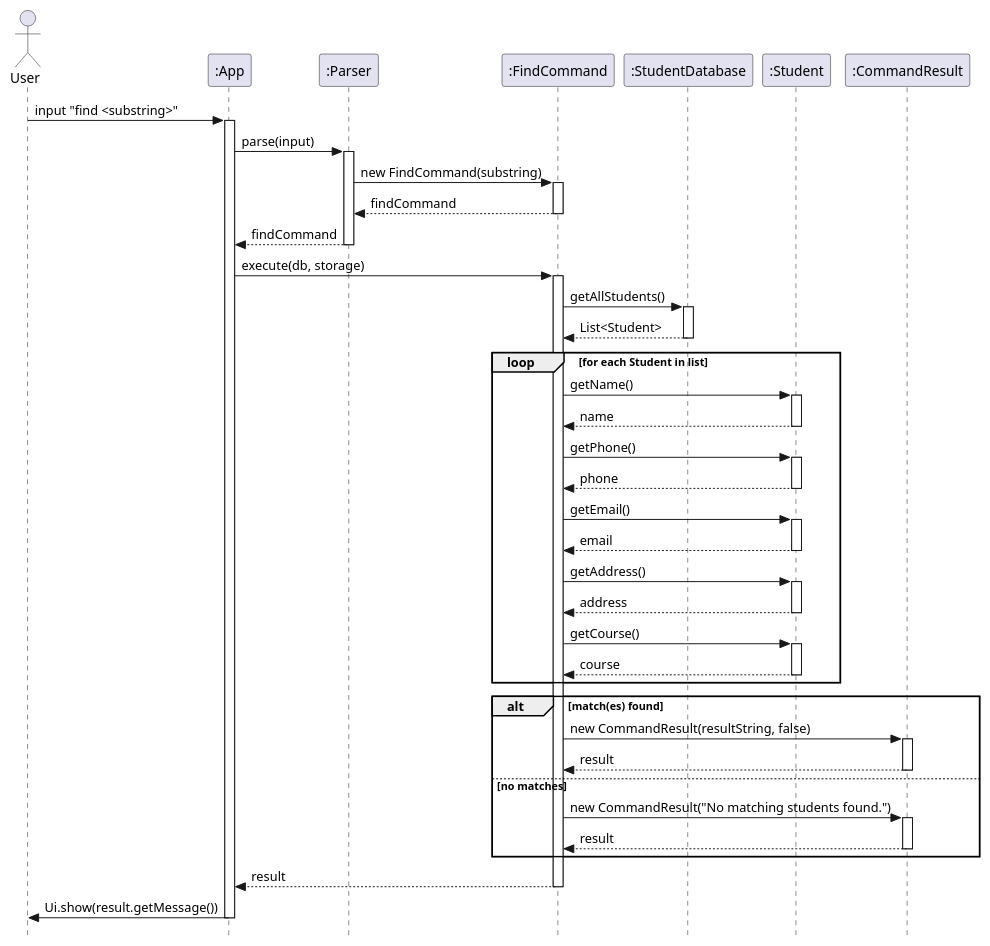
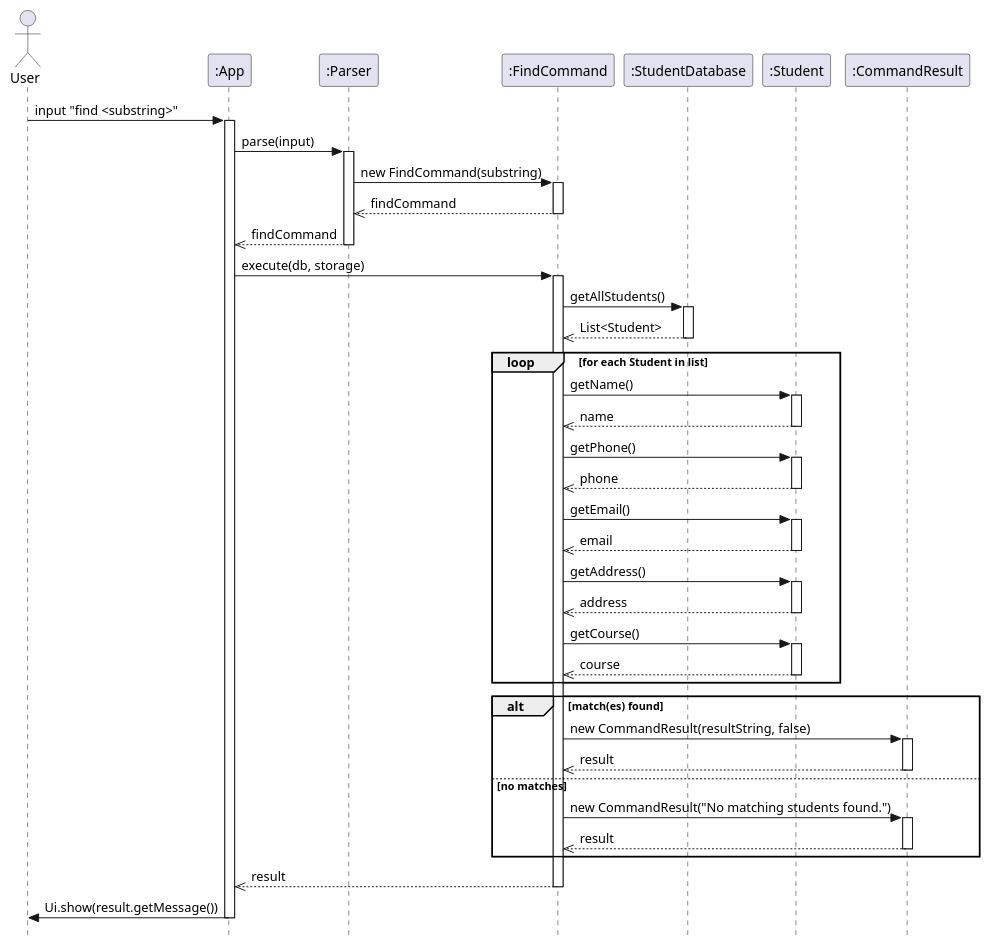
One commit to AgaraNUS/tp changed the diagram in docs/diagrams/FindCommandSD.puml. Above: the diagram before and after it, drawn with PlantUML. The commit also changed 14 other files, not shown here.

```diff
--- a/docs/diagrams/FindCommandSD.puml
+++ b/docs/diagrams/FindCommandSD.puml
@@ -1,80 +1,80 @@
 @startuml FindCommand_Sequence
 
 skinparam style strictuml
 
 actor User
 participant ":App" as App
 participant ":Parser" as Parser
 participant ":FindCommand" as FindCommand
 participant ":StudentDatabase" as StudentDatabase
 participant ":Student" as Student
 participant ":CommandResult" as CommandResult
 
 User -> App : input "find <substring>"
 activate App
 
 App -> Parser : parse(input)
 activate Parser
 
 Parser -> FindCommand : new FindCommand(substring)
 activate FindCommand
-FindCommand --> Parser : findCommand
+FindCommand -->> Parser : findCommand
 deactivate FindCommand
 
-Parser --> App : findCommand
+Parser -->> App : findCommand
 deactivate Parser
 
 App -> FindCommand : execute(db, storage)
 activate FindCommand
 
 FindCommand -> StudentDatabase : getAllStudents()
 activate StudentDatabase
-StudentDatabase --> FindCommand : List<Student>
+StudentDatabase -->> FindCommand : List<Student>
 deactivate StudentDatabase
 
 loop for each Student in list
   FindCommand -> Student : getName()
   activate Student
-  Student --> FindCommand : name
+  Student -->> FindCommand : name
   deactivate Student
 
   FindCommand -> Student : getPhone()
   activate Student
-  Student --> FindCommand : phone
+  Student -->> FindCommand : phone
   deactivate Student
 
   FindCommand -> Student : getEmail()
   activate Student
-  Student --> FindCommand : email
+  Student -->> FindCommand : email
   deactivate Student
 
   FindCommand -> Student : getAddress()
   activate Student
-  Student --> FindCommand : address
+  Student -->> FindCommand : address
   deactivate Student
 
   FindCommand -> Student : getCourse()
   activate Student
-  Student --> FindCommand : course
+  Student -->> FindCommand : course
   deactivate Student
 end
 
 alt match(es) found
   FindCommand -> CommandResult : new CommandResult(resultString, false)
   activate CommandResult
-  CommandResult --> FindCommand : result
+  CommandResult -->> FindCommand : result
   deactivate CommandResult
 else no matches
   FindCommand -> CommandResult : new CommandResult("No matching students found.")
   activate CommandResult
-  CommandResult --> FindCommand : result
+  CommandResult -->> FindCommand : result
   deactivate CommandResult
 end
 
-FindCommand --> App : result
+FindCommand -->> App : result
 deactivate FindCommand
 
 App -> User : Ui.show(result.getMessage())
 deactivate App
 
 @endum1
```
